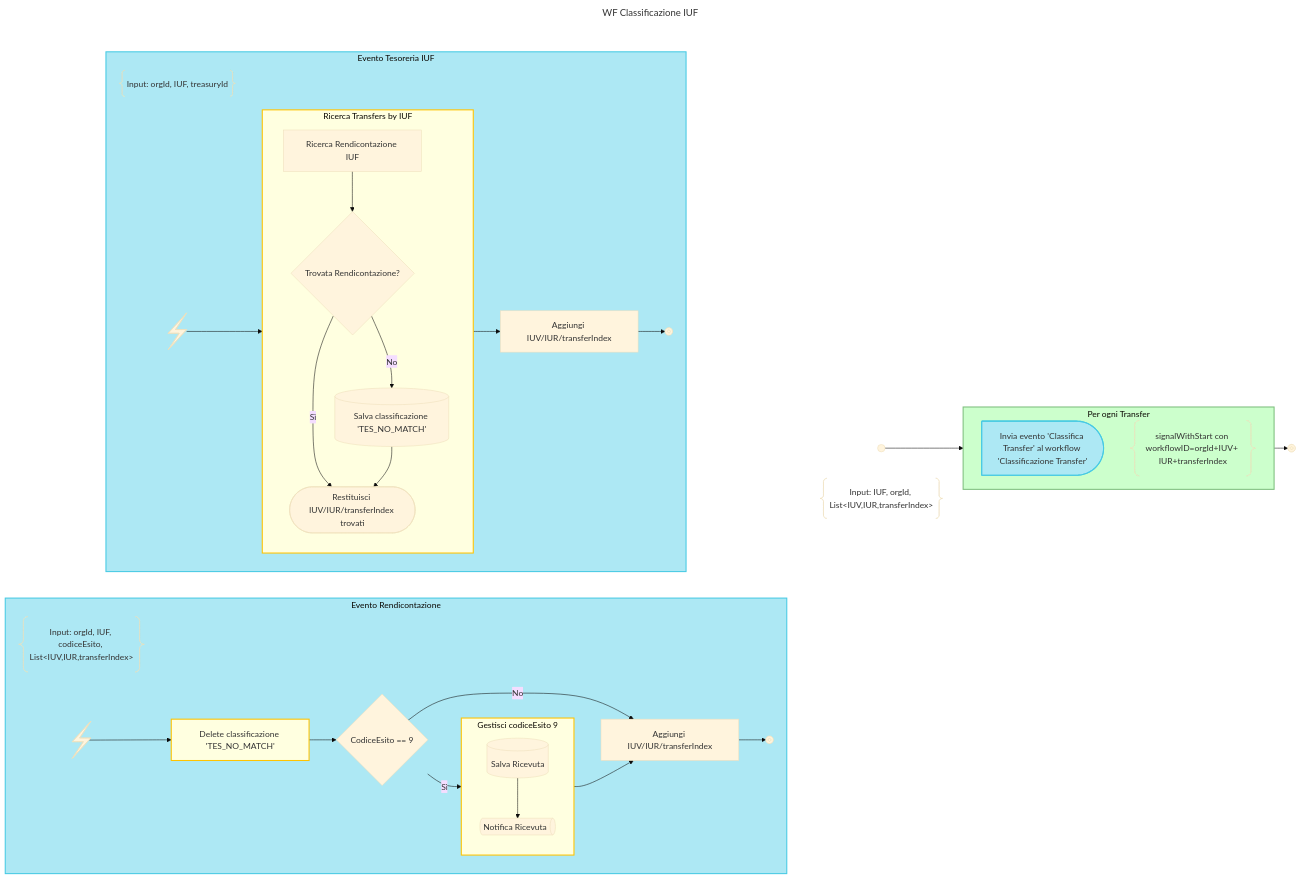
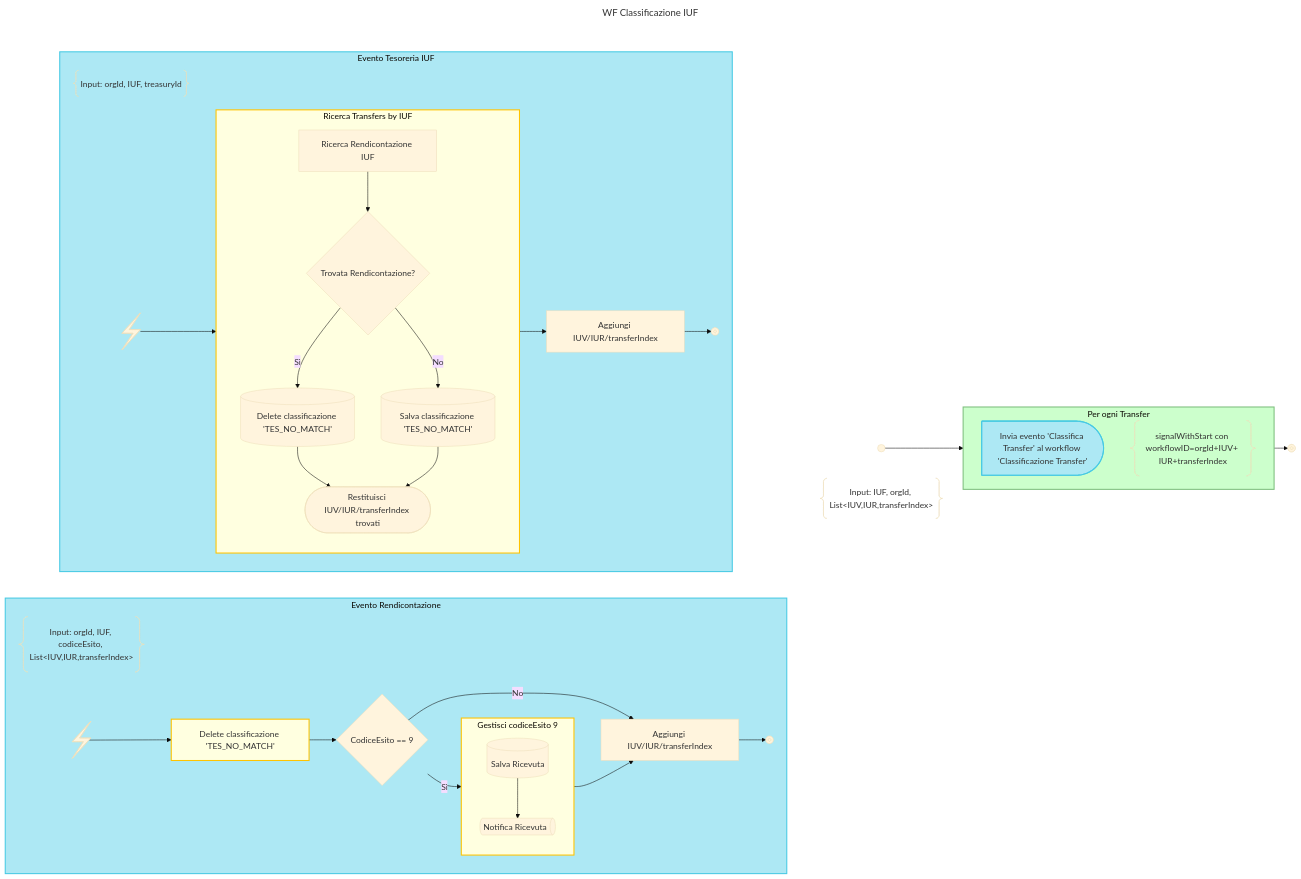
One commit to pagopa/p4pa-doc changed the diagram in design/workflow/classificazioneIncassi/06.classificazioneIuf.mmd. Above: the diagram before and after it, drawn with Mermaid (base theme). The commit also changed 3 other files, not shown here.

```diff
--- a/design/workflow/classificazioneIncassi/06.classificazioneIuf.mmd
+++ b/design/workflow/classificazioneIncassi/06.classificazioneIuf.mmd
@@ -1,89 +1,91 @@
 ---
 title: WF Classificazione IUF
 config:
     flowchart:
         rankSpacing: 1
 ---
 flowchart TD
     subgraph WF_BLOCK
         subgraph NOTE_START_BLOCK
             DESCRIPTION@{ shape: braces, label: "Input: IUF, orgId, List&lt;IUV,IUR,transferIndex&gt;" }
             START@{shape: start}
         end
         class NOTE_START_BLOCK hidden
 
         START --> LOOP_IUVs
 
         subgraph LOOP_IUVs["Per ogni Transfer"]
         direction TB
 
         SIGNAL_IUV:::send-signal@{shape: delay, label: "Invia evento 'Classifica Transfer' al workflow 'Classificazione Transfer'"}
         NOTE_SIGNAL_IUV@{ shape: braces, label: "signalWithStart con workflowID=orgId+IUV+ IUR+transferIndex" }
         end
 
         LOOP_IUVs --> END@{shape: stop}
         class LOOP_IUVs loop
     end
     class WF_BLOCK hidden
 
     subgraph SIGNALS_BLOCK
     direction LR
 
         subgraph SIGNAL_RENDICONTAZIONE_BLOCK["Evento Rendicontazione"]
         direction LR
             DESCRIPTION_SIGNAL_RENDICONTAZIONE@{ shape: braces, label: "Input: orgId, IUF, codiceEsito, List&lt;IUV,IUR,transferIndex&gt;" } -->
             DUMMY1:::hidden --> DUMMY2:::hidden --> DUMMY3:::hidden --> DUMMY4:::hidden --> DUMMY5:::hidden
             linkStyle 2,3,4,5,6 display:none
 
             SIGNAL_RENDICONTAZIONE@{ shape: bolt } -->
             DELETE_CLASSIFY_NULL_IUV:::activity@{label: "Delete classificazione 'TES_NO_MATCH'"} -->
             IS_CODICEESITO9{"CodiceEsito == 9"} --> |Sì|HANDLE_CODICEESITO9
             subgraph HANDLE_CODICEESITO9["Gestisci codiceEsito 9"]
                 SAVE_RT@{shape: database, label: "Salva Ricevuta"} -->
                 SEND_RT_MSG@{shape: das, label: "Notifica Ricevuta"}
             end
             class HANDLE_CODICEESITO9 activity
 
             IS_CODICEESITO9 --> |No|ADD_RENDICONTAZIONE_IUVS
 
             HANDLE_CODICEESITO9 -->
             ADD_RENDICONTAZIONE_IUVS["Aggiungi IUV/IUR/transferIndex "] -->
             SIGNAL_RENDICONTAZIONE_END@{ shape: "stop" }
         end
         class SIGNAL_RENDICONTAZIONE_BLOCK signal_block
 
         subgraph SIGNAL_TESORERIA_BLOCK["Evento Tesoreria IUF"]
         direction LR
             DESCRIPTION_SIGNAL_TESORERIA@{ shape: braces, label: "Input: orgId, IUF, treasuryId" } -->
             DUMMY6:::hidden --> DUMMY7:::hidden --> DUMMY8:::hidden
             linkStyle 14,15,16 display:none
 
             SIGNAL_TESORERIA@{ shape: bolt } --> FIND_TESORERIA_IUVS_ACTIVITY
 
             subgraph FIND_TESORERIA_IUVS_ACTIVITY["Ricerca Transfers by IUF"]
 
                 FIND_TESORERIA_IUVS["Ricerca Rendicontazione IUF"] -->
                 EXISTS_RENDICONTAZIONE_TES{"Trovata Rendicontazione?"}
 
-                EXISTS_RENDICONTAZIONE_TES -->|Sì|RETURN_TESORERIA_IUVS@{shape: terminal, label: "Restituisci IUV/IUR/transferIndex trovati"}
+                EXISTS_RENDICONTAZIONE_TES -->
+                |Sì| DELETE_TES_ANOMALY@{shape: database, label: "Delete classificazione 'TES_NO_MATCH'"} -->
+                RETURN_TESORERIA_IUVS@{shape: terminal, label: "Restituisci IUV/IUR/transferIndex trovati"}
 
                 EXISTS_RENDICONTAZIONE_TES -->
                 |No|SAVE_TES_ANOMALY@{shape: database, label: "Salva classificazione 'TES_NO_MATCH'"} -->
                 RETURN_TESORERIA_IUVS
             end
             class FIND_TESORERIA_IUVS_ACTIVITY activity
 
             FIND_TESORERIA_IUVS_ACTIVITY -->
             ADD_TESORERIA_IUVS["Aggiungi IUV/IUR/transferIndex "] -->
             SIGNAL_TESORERIA_END@{ shape: "stop" }
         end
         class SIGNAL_TESORERIA_BLOCK signal_block
     end
     class SIGNALS_BLOCK hidden
 
     classDef note_block display:none;
     classDef hidden display:none;
     classDef activity fill:#FFFFE0, stroke:#ffc300, stroke-width:2px;
     classDef loop fill:#CCFFCC, stroke:#7FBF7F, stroke-width:2px, padding-bottom: 5px;
     classDef signal_block fill:#ade8f4, stroke:#48cae4, stroke-width:2px
     classDef send-signal fill:#ade8f4, stroke:#48cae4, stroke-width:2px
```
